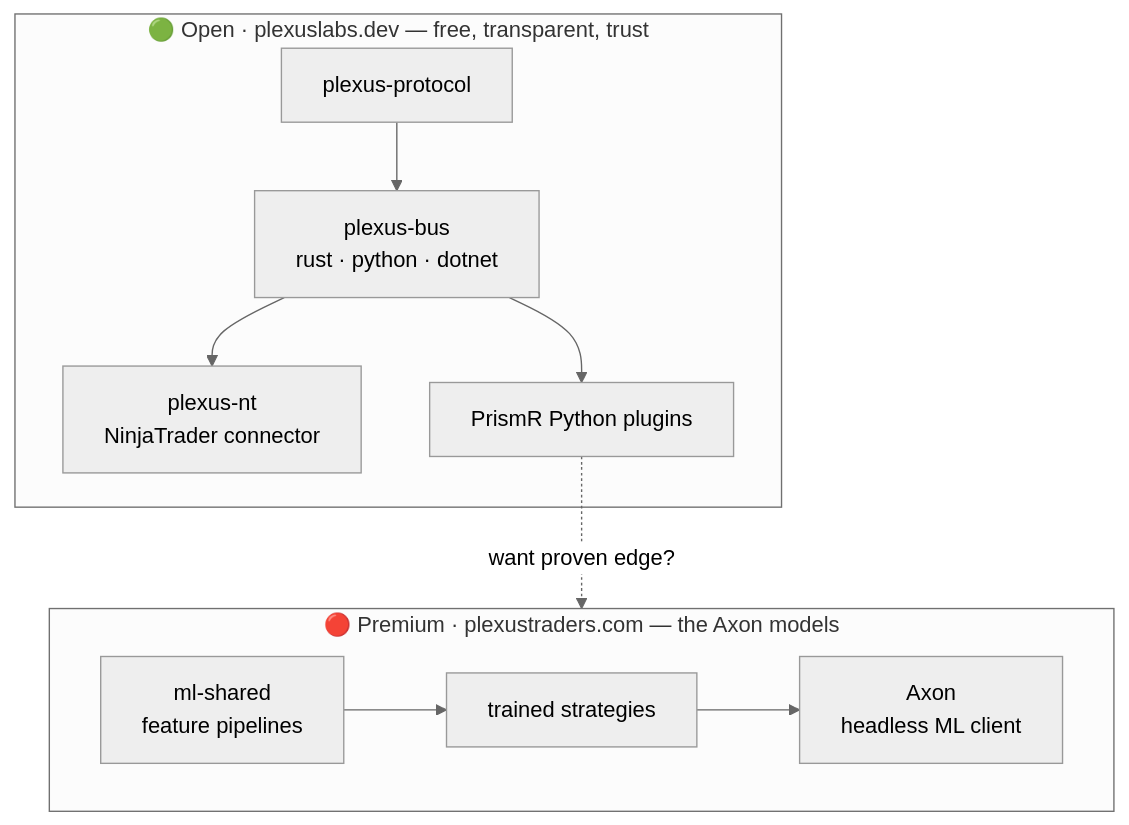
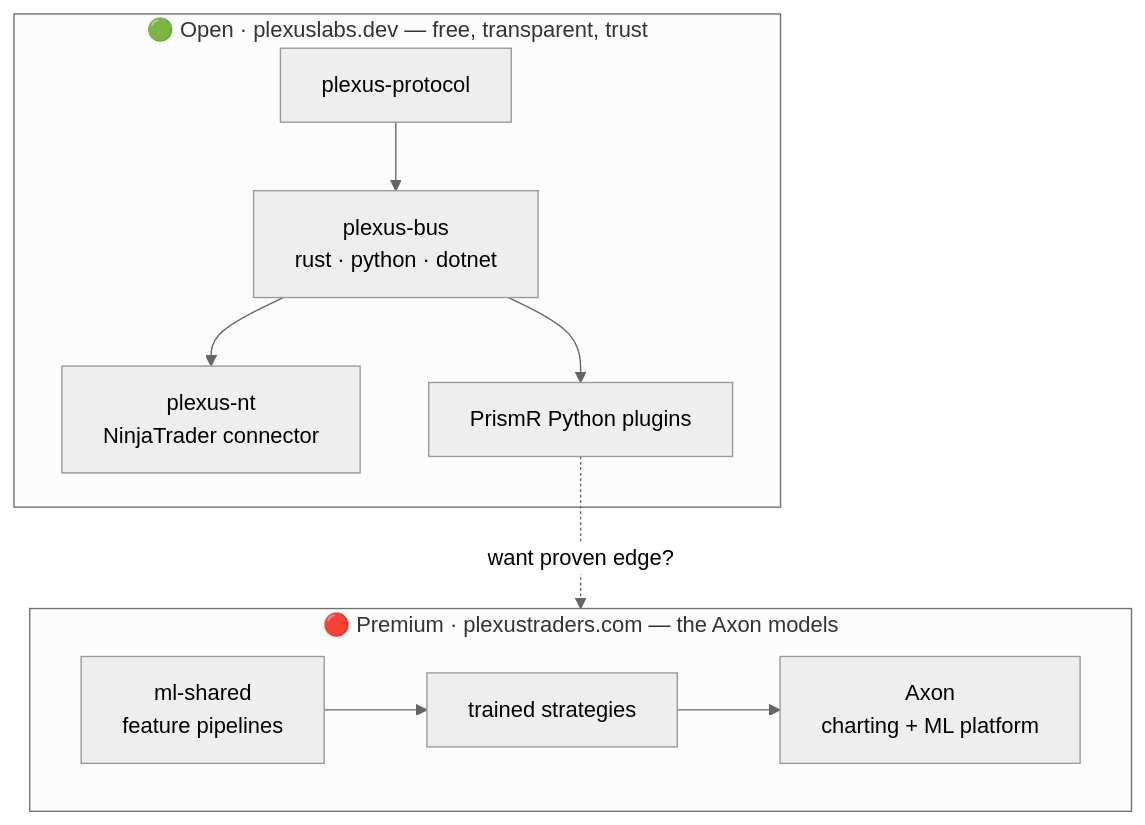
Before and after one commit to PlexusTradingLabs/plexus-site: the first of 2 diagrams in docs/overview/architecture.md, drawn with Mermaid (neutral theme). The commit also changed other lines of this file and 11 other files, not shown here.

````diff
--- a/docs/overview/architecture.md
+++ b/docs/overview/architecture.md
@@ -11,12 +12,12 @@
 ```mermaid
 flowchart TB
   subgraph OPEN["🟢 Open · plexuslabs.dev — free, transparent, trust"]
     PR[plexus-protocol] --> BUS["plexus-bus<br/>rust · python · dotnet"]
     BUS --> NTC[plexus-nt<br/>NinjaTrader connector]
     BUS --> PLG[PrismR Python plugins]
   end
   subgraph CLOSED["🔴 Premium · plexustraders.com — the Axon models"]
-    ML[ml-shared<br/>feature pipelines] --> STR[trained strategies] --> AX[Axon<br/>headless ML client]
+    ML[ml-shared<br/>feature pipelines] --> STR[trained strategies] --> AX[Axon<br/>charting + ML platform]
   end
   PLG -.->|"want proven edge?"| CLOSED
 ```
````
